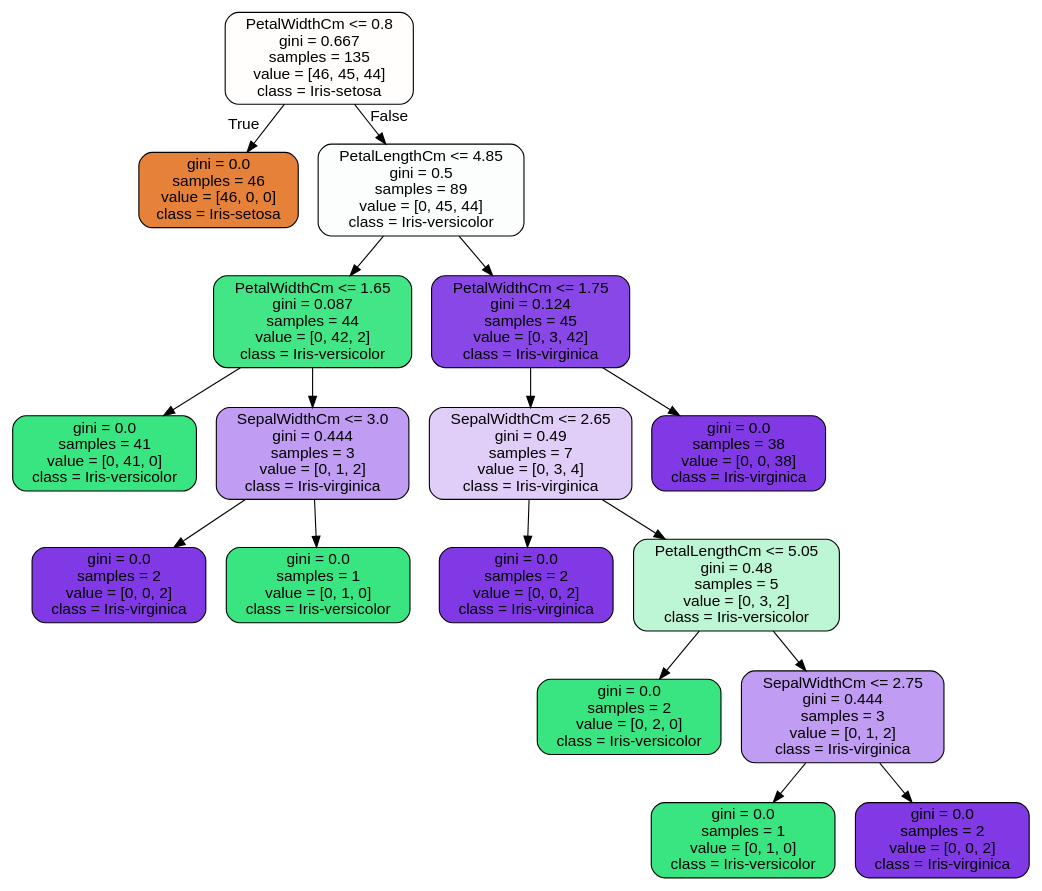
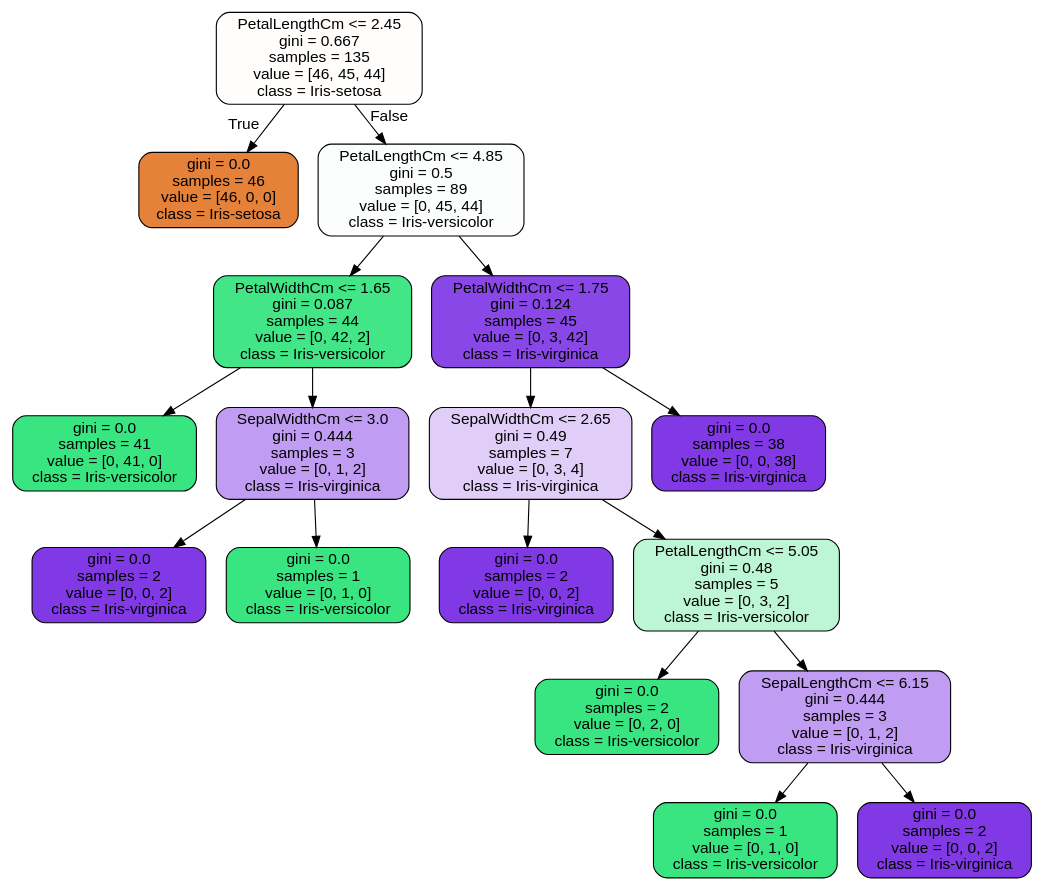
The diagram in mybook/World of Data/machine learning/cache/iristree.dot (sakarimov/myblog), drawn with Graphviz before and after one commit. The commit also changed 3 other files, not shown here.

```diff
--- a/mybook/World of Data/machine learning/cache/iristree.dot
+++ b/mybook/World of Data/machine learning/cache/iristree.dot
@@ -1,37 +1,37 @@
 digraph Tree {
 node [shape=box, style="filled, rounded", color="black", fontname="helvetica"] ;
 edge [fontname="helvetica"] ;
-0 [label="PetalWidthCm <= 0.8\ngini = 0.667\nsamples = 135\nvalue = [46, 45, 44]\nclass = Iris-setosa", fillcolor="#fffefd"] ;
+0 [label="PetalLengthCm <= 2.45\ngini = 0.667\nsamples = 135\nvalue = [46, 45, 44]\nclass = Iris-setosa", fillcolor="#fffefd"] ;
 1 [label="gini = 0.0\nsamples = 46\nvalue = [46, 0, 0]\nclass = Iris-setosa", fillcolor="#e58139"] ;
 0 -> 1 [labeldistance=2.5, labelangle=45, headlabel="True"] ;
 2 [label="PetalLengthCm <= 4.85\ngini = 0.5\nsamples = 89\nvalue = [0, 45, 44]\nclass = Iris-versicolor", fillcolor="#fbfefc"] ;
 0 -> 2 [labeldistance=2.5, labelangle=-45, headlabel="False"] ;
 3 [label="PetalWidthCm <= 1.65\ngini = 0.087\nsamples = 44\nvalue = [0, 42, 2]\nclass = Iris-versicolor", fillcolor="#42e687"] ;
 2 -> 3 ;
 4 [label="gini = 0.0\nsamples = 41\nvalue = [0, 41, 0]\nclass = Iris-versicolor", fillcolor="#39e581"] ;
 3 -> 4 ;
 5 [label="SepalWidthCm <= 3.0\ngini = 0.444\nsamples = 3\nvalue = [0, 1, 2]\nclass = Iris-virginica", fillcolor="#c09cf2"] ;
 3 -> 5 ;
 6 [label="gini = 0.0\nsamples = 2\nvalue = [0, 0, 2]\nclass = Iris-virginica", fillcolor="#8139e5"] ;
 5 -> 6 ;
 7 [label="gini = 0.0\nsamples = 1\nvalue = [0, 1, 0]\nclass = Iris-versicolor", fillcolor="#39e581"] ;
 5 -> 7 ;
 8 [label="PetalWidthCm <= 1.75\ngini = 0.124\nsamples = 45\nvalue = [0, 3, 42]\nclass = Iris-virginica", fillcolor="#8a47e7"] ;
 2 -> 8 ;
 9 [label="SepalWidthCm <= 2.65\ngini = 0.49\nsamples = 7\nvalue = [0, 3, 4]\nclass = Iris-virginica", fillcolor="#e0cef8"] ;
 8 -> 9 ;
 10 [label="gini = 0.0\nsamples = 2\nvalue = [0, 0, 2]\nclass = Iris-virginica", fillcolor="#8139e5"] ;
 9 -> 10 ;
 11 [label="PetalLengthCm <= 5.05\ngini = 0.48\nsamples = 5\nvalue = [0, 3, 2]\nclass = Iris-versicolor", fillcolor="#bdf6d5"] ;
 9 -> 11 ;
 12 [label="gini = 0.0\nsamples = 2\nvalue = [0, 2, 0]\nclass = Iris-versicolor", fillcolor="#39e581"] ;
 11 -> 12 ;
-13 [label="SepalWidthCm <= 2.75\ngini = 0.444\nsamples = 3\nvalue = [0, 1, 2]\nclass = Iris-virginica", fillcolor="#c09cf2"] ;
+13 [label="SepalLengthCm <= 6.15\ngini = 0.444\nsamples = 3\nvalue = [0, 1, 2]\nclass = Iris-virginica", fillcolor="#c09cf2"] ;
 11 -> 13 ;
 14 [label="gini = 0.0\nsamples = 1\nvalue = [0, 1, 0]\nclass = Iris-versicolor", fillcolor="#39e581"] ;
 13 -> 14 ;
 15 [label="gini = 0.0\nsamples = 2\nvalue = [0, 0, 2]\nclass = Iris-virginica", fillcolor="#8139e5"] ;
 13 -> 15 ;
 16 [label="gini = 0.0\nsamples = 38\nvalue = [0, 0, 38]\nclass = Iris-virginica", fillcolor="#8139e5"] ;
 8 -> 16 ;
 }
```
